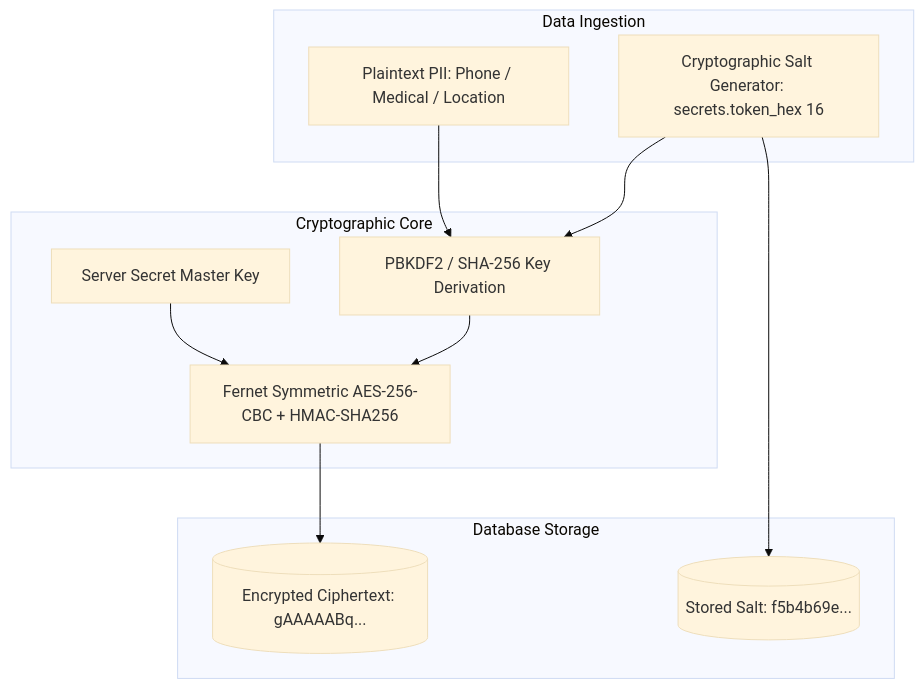
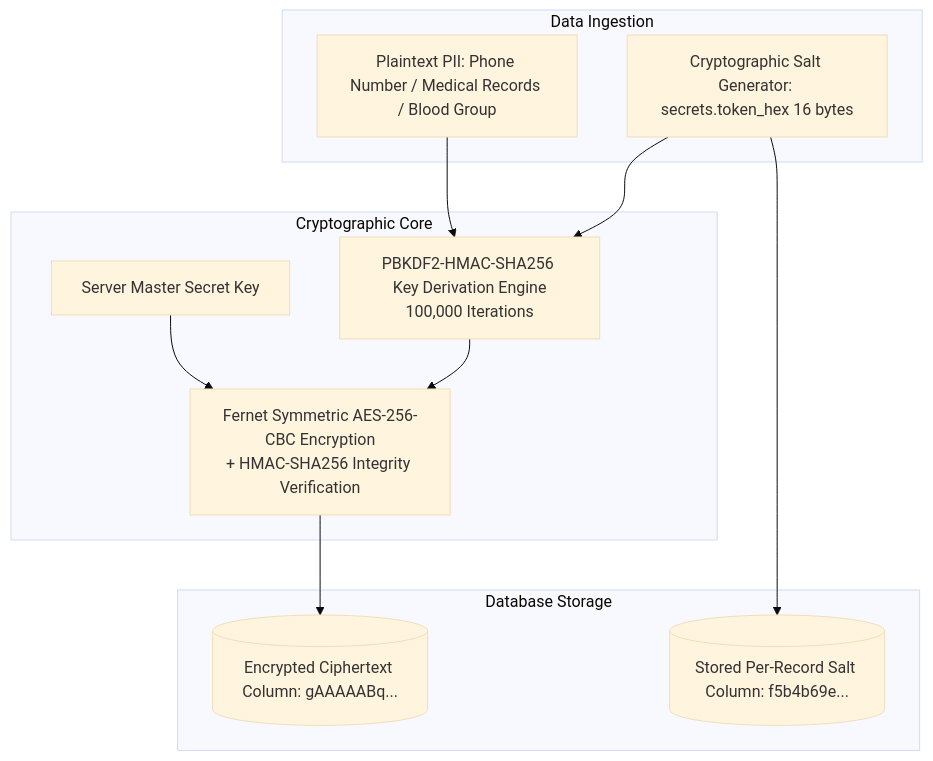
Before and after one commit to Script-By-Lin/KhuNyiKalSal: the fourth of 7 diagrams in system_specification.md, drawn with Mermaid (base theme). The commit also changed other lines of this file and 37 other files, not shown here.

````diff
--- a/system_specification.md
+++ b/system_specification.md
@@ -166,23 +200,23 @@
 ```mermaid
 flowchart TD
     subgraph Data Ingestion
-        P[Plaintext PII: Phone / Medical / Location]
-        S[Cryptographic Salt Generator: secrets.token_hex 16]
+        P[Plaintext PII: Phone Number / Medical Records / Blood Group]
+        S[Cryptographic Salt Generator: secrets.token_hex 16 bytes]
     end
 
     subgraph Cryptographic Core
-        K[Server Secret Master Key]
-        D[PBKDF2 / SHA-256 Key Derivation]
-        F[Fernet Symmetric AES-256-CBC + HMAC-SHA256]
+        K[Server Master Secret Key]
+        D[PBKDF2-HMAC-SHA256 Key Derivation Engine<br/>100,000 Iterations]
+        F[Fernet Symmetric AES-256-CBC Encryption<br/>+ HMAC-SHA256 Integrity Verification]
     end
 
     subgraph Database Storage
-        ENC[(Encrypted Ciphertext: gAAAAABq...)]
-        SALT[(Stored Salt: f5b4b69e...)]
+        ENC[(Encrypted Ciphertext Column: gAAAAABq...)]
+        SALT[(Stored Per-Record Salt Column: f5b4b69e...)]
     end
 
     P & S --> D
     K & D --> F
     F --> ENC
     S --> SALT
 ```
````
